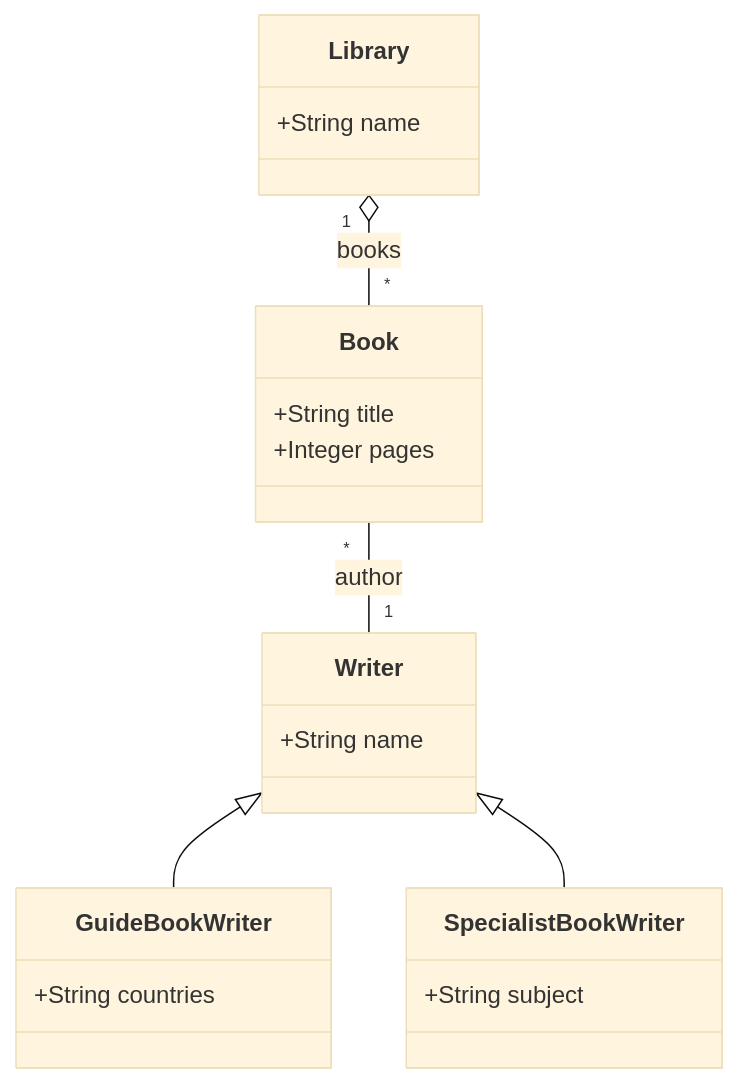
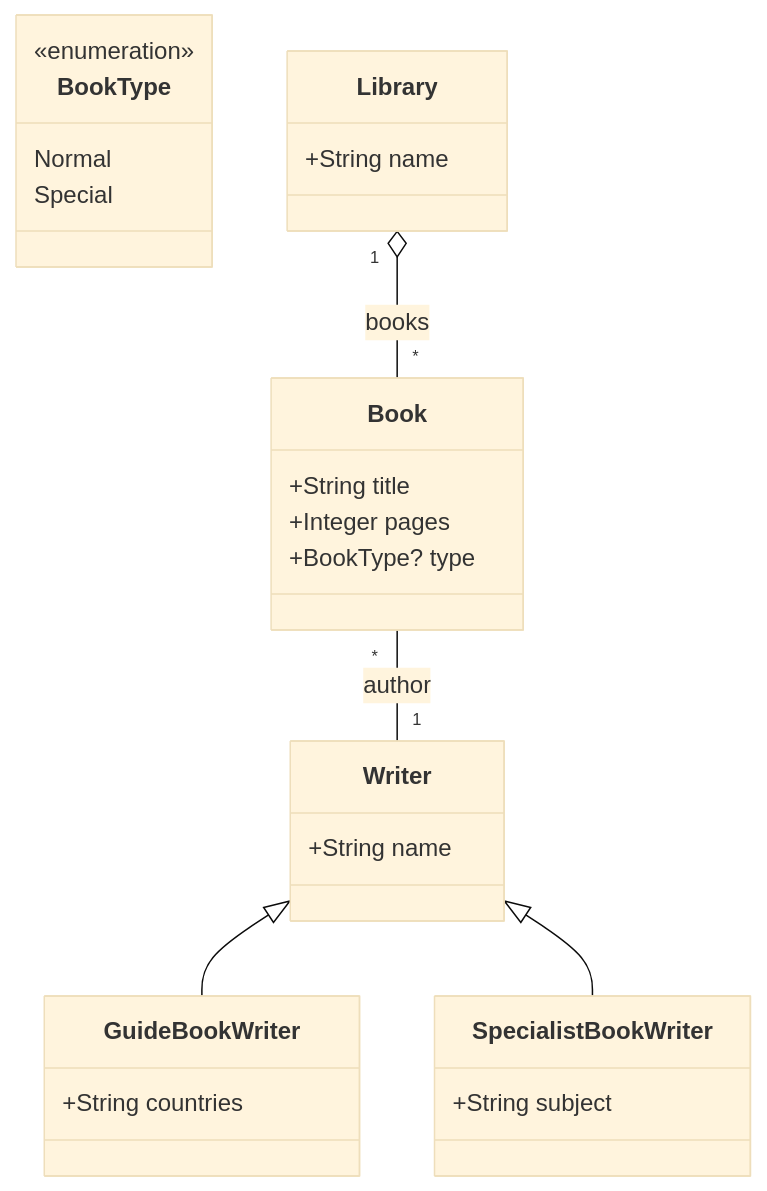
One commit to LionWeb-io/lionweb-typescript changed the diagram in diagrams/library-gen.md. Above: the diagram before and after it, drawn with Mermaid (base theme). The commit also changed 20 other files, not shown here.

````diff
--- a/diagrams/library-gen.md
+++ b/diagrams/library-gen.md
@@ -1,34 +1,42 @@
 ```mermaid
 classDiagram
 
   class Book {
     +String title
     +Integer pages
+    +BookType? type
+  }
+
+  class BookType {
+    <<enumeration>>
+    Normal
+    Special
   }
 
   class GuideBookWriter {
     +String countries
   }
   Writer <|-- GuideBookWriter
 
   class Library {
     +String name
   }
 
   class SpecialistBookWriter {
     +String subject
   }
   Writer <|-- SpecialistBookWriter
 
   class Writer {
     +String name
   }
 
 
   Book "*" -- "1" Writer: author
 
+
   Library "1" o-- "*" Book: books
 
 
 
 ```
````
